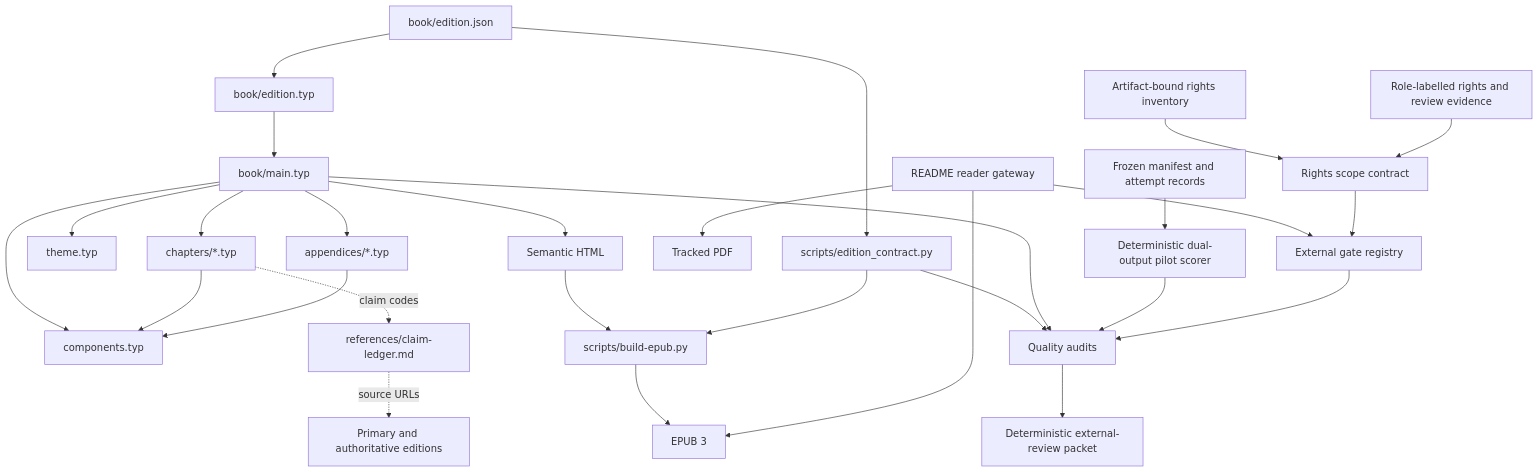
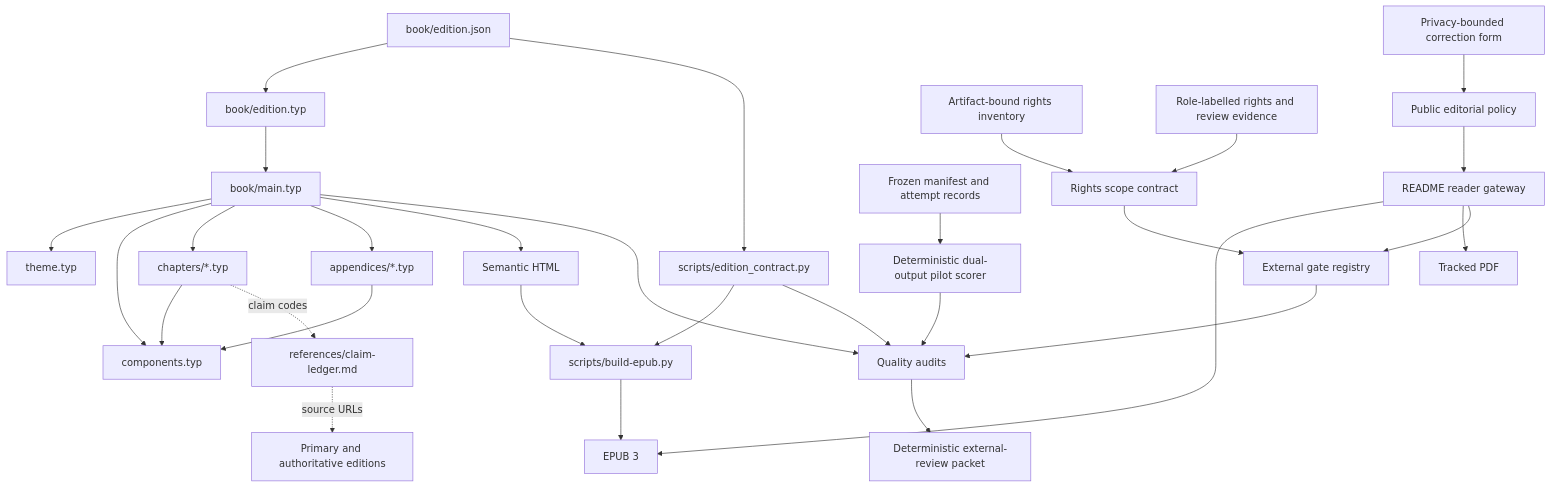
Before and after one commit to streamentry/streamentry: the second of 5 diagrams in AGENTS.md, drawn with Mermaid. The commit also changed other lines of this file and 24 other files, not shown here.

Commit message:
Deepen insight map and publish correction policy

````diff
--- a/AGENTS.md
+++ b/AGENTS.md
@@ -121,30 +123,32 @@
 ```mermaid
 flowchart TB
   D["book/edition.json"] --> Y["book/edition.typ"]
   D --> Z["scripts/edition_contract.py"]
   Y --> M["book/main.typ"]
   M["book/main.typ"] --> T["theme.typ"]
   M --> C["components.typ"]
   M --> H["chapters/*.typ"]
   M --> A["appendices/*.typ"]
   M --> E["Semantic HTML"]
   E --> P["scripts/build-epub.py"]
   Z --> P
   Z --> Q
   P --> U["EPUB 3"]
   R0["README reader gateway"] --> U
   R0 --> V["Tracked PDF"]
   R0 --> X
+  EP["Public editorial policy"] --> R0
+  CF["Privacy-bounded correction form"] --> EP
   M --> Q["Quality audits"]
   N["Frozen manifest and attempt records"] --> G["Deterministic dual-output pilot scorer"]
   G --> Q
   X["External gate registry"] --> Q
   RI["Artifact-bound rights inventory"] --> RC["Rights scope contract"]
   R["Role-labelled rights and review evidence"] --> RC
   RC --> X
   Q --> W["Deterministic external-review packet"]
   H --> C
   A --> C
   H -. "claim codes" .-> L["references/claim-ledger.md"]
   L -. "source URLs" .-> S["Primary and authoritative editions"]
 ```
````
